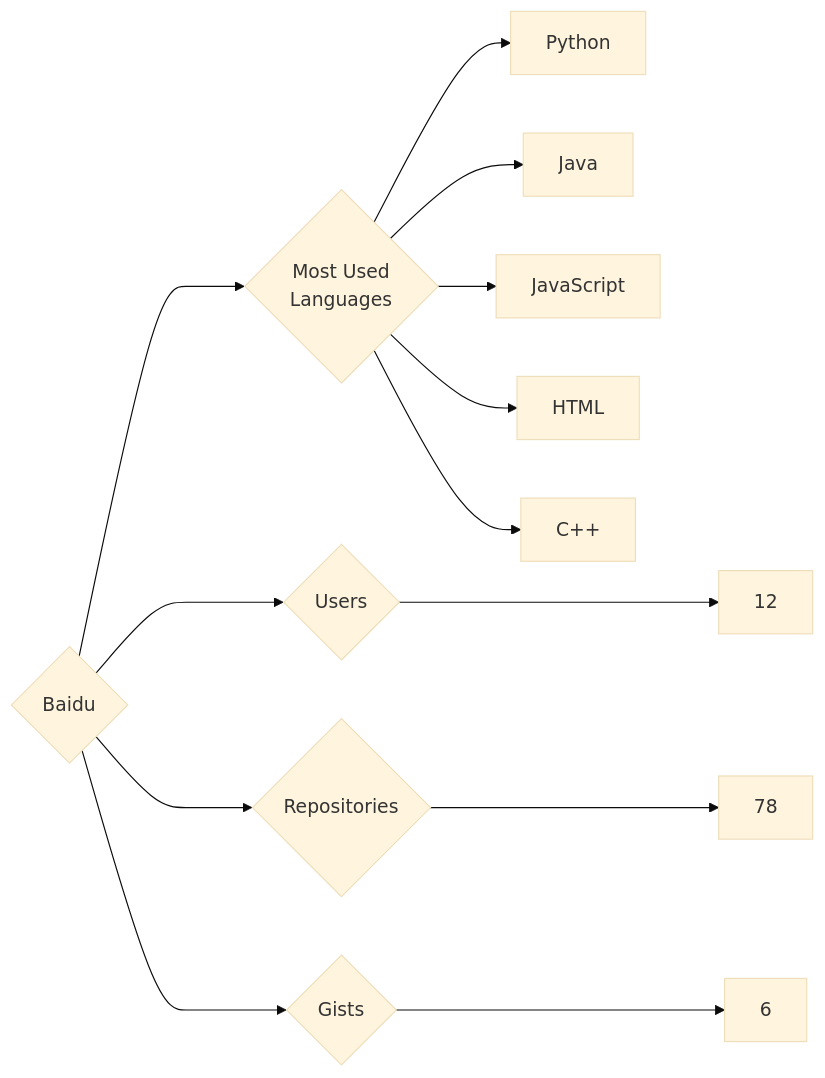
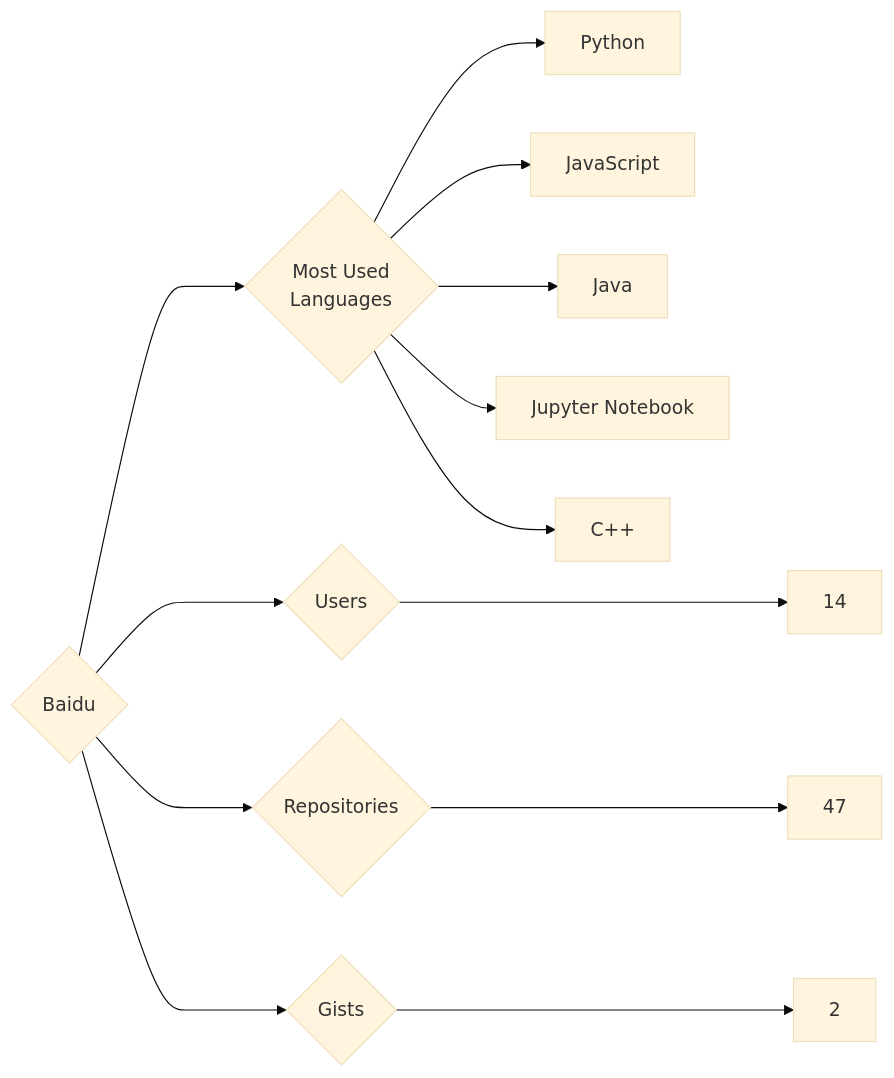
One commit to trickest/insiders changed the diagram in targets/Baidu/README.md. Above: the diagram before and after it, drawn with Mermaid (base theme). The commit also changed 1089 other files, not shown here.

````diff
--- a/targets/Baidu/README.md
+++ b/targets/Baidu/README.md
@@ -3,13 +3,13 @@
 ```mermaid
 graph LR
 COMPANY_NAME{Baidu}
-COMPANY_NAME ---> U{Users} ---> UN[12]
-COMPANY_NAME ---> R{Repositories} ---> RN[78]
-COMPANY_NAME ---> G{Gists} ---> GN[6]
+COMPANY_NAME ---> U{Users} ---> UN[14]
+COMPANY_NAME ---> R{Repositories} ---> RN[47]
+COMPANY_NAME ---> G{Gists} ---> GN[2]
 COMPANY_NAME ---> ML{Most Used<br>Languages}
 ML --> Python[Python]
+ML --> JavaScript[JavaScript]
 ML --> Java[Java]
-ML --> JavaScript[JavaScript]
-ML --> HTML[HTML]
+ML --> Jupyter_Notebook[Jupyter Notebook]
 ML --> C++[C++]
 ```
````
